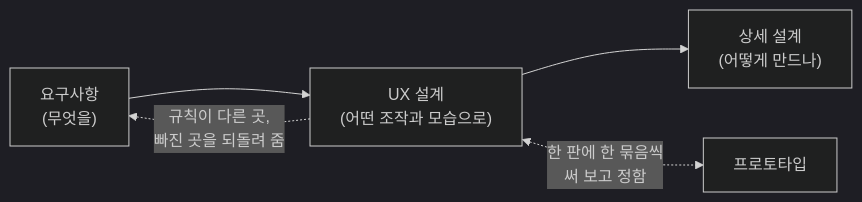
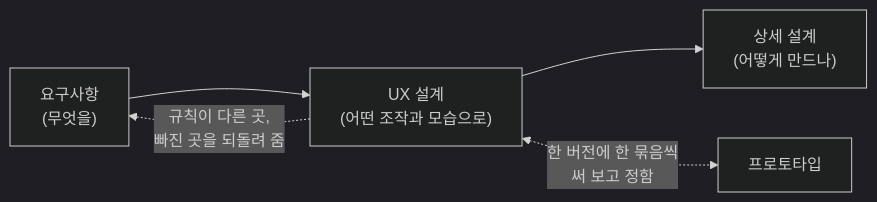
One commit to reddiana/AriadneNSD changed the diagram in docs/02-ux-design/01-ux-overview.md. Above: the diagram before and after it, drawn with Mermaid (dark theme). The commit also changed other lines of this file and 3 other files, not shown here.

````diff
--- a/docs/02-ux-design/01-ux-overview.md
+++ b/docs/02-ux-design/01-ux-overview.md
@@ -69,7 +69,7 @@
 ```mermaid
 flowchart LR
     REQ["요구사항<br>(무엇을)"] --> UX["UX 설계<br>(어떤 조작과 모습으로)"]
     UX --> ED["상세 설계<br>(어떻게 만드나)"]
     UX -. "규칙이 다른 곳,<br>빠진 곳을 되돌려 줌" .-> REQ
-    UX <-. "한 판에 한 묶음씩<br>써 보고 정함" .-> PROTO["프로토타입"]
+    UX <-. "한 버전에 한 묶음씩<br>써 보고 정함" .-> PROTO["프로토타입"]
 ```
````
